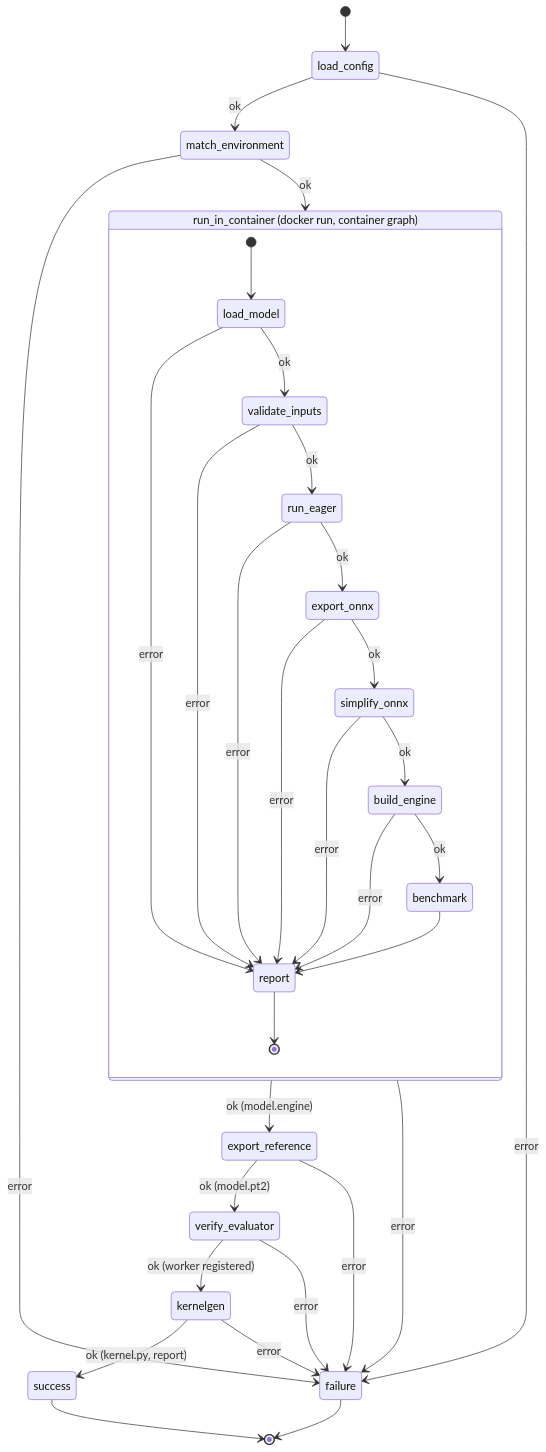
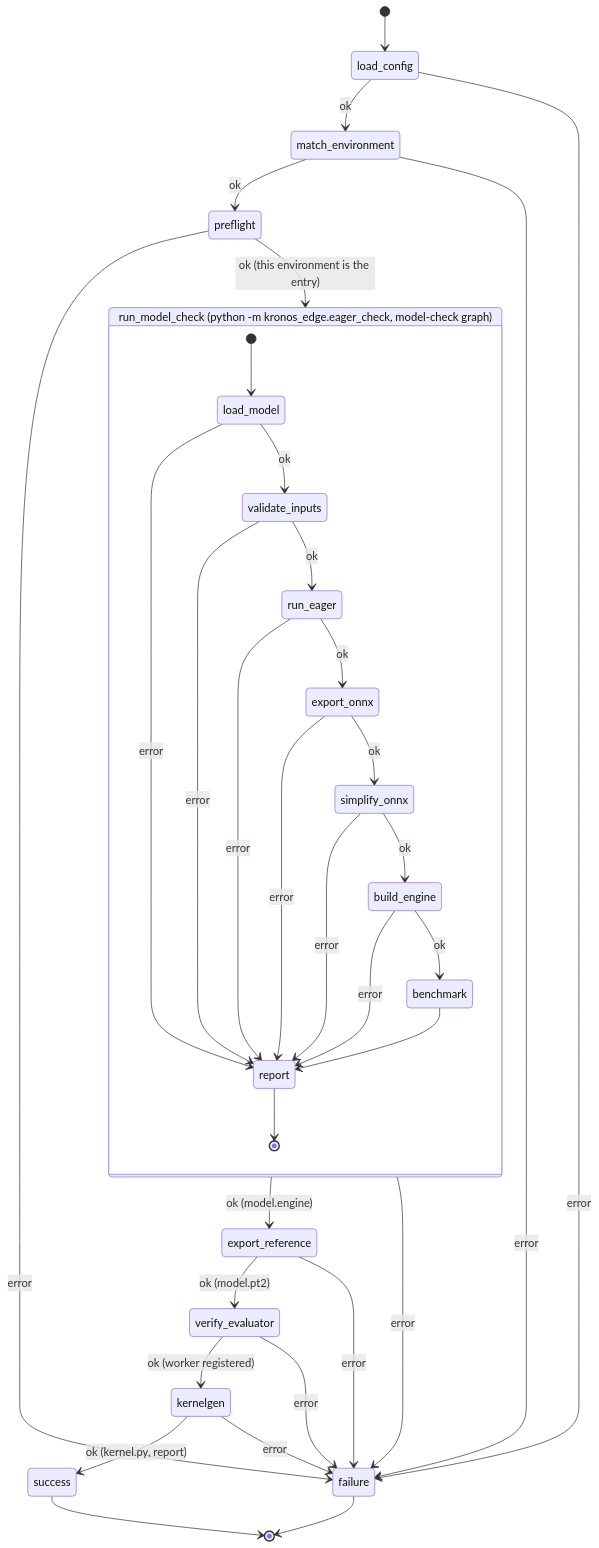
The diagram in architecture.md (reza-rahimi-yasp/kronos-edge-v2), drawn with Mermaid before and after one commit. The commit also changed other lines of this file and 3 other files, not shown here.

````diff
--- a/architecture.md
+++ b/architecture.md
@@ -23,36 +25,38 @@
 ```mermaid
 stateDiagram-v2
     [*] --> load_config
     load_config --> match_environment : ok
     load_config --> failure : error
-    match_environment --> run_in_container : ok
+    match_environment --> preflight : ok
     match_environment --> failure : error
-    run_in_container --> export_reference : ok (model.engine)
-    run_in_container --> failure : error
+    preflight --> run_model_check : ok (this environment is the entry)
+    preflight --> failure : error
+    run_model_check --> export_reference : ok (model.engine)
+    run_model_check --> failure : error
     export_reference --> verify_evaluator : ok (model.pt2)
     export_reference --> failure : error
     verify_evaluator --> kernelgen : ok (worker registered)
     verify_evaluator --> failure : error
     kernelgen --> success : ok (kernel.py, report)
     kernelgen --> failure : error
     success --> [*]
     failure --> [*]
 
-    state "run_in_container (docker run, container graph)" as run_in_container {
+    state "run_model_check (python -m kronos_edge.eager_check, model-check graph)" as run_model_check {
         [*] --> load_model
         load_model --> validate_inputs : ok
         load_model --> report : error
         validate_inputs --> run_eager : ok
         validate_inputs --> report : error
         run_eager --> export_onnx : ok
         run_eager --> report : error
         export_onnx --> simplify_onnx : ok
         export_onnx --> report : error
         simplify_onnx --> build_engine : ok
         simplify_onnx --> report : error
         build_engine --> benchmark : ok
         build_engine --> report : error
         benchmark --> report
         report --> [*]
     }
 ```
````
